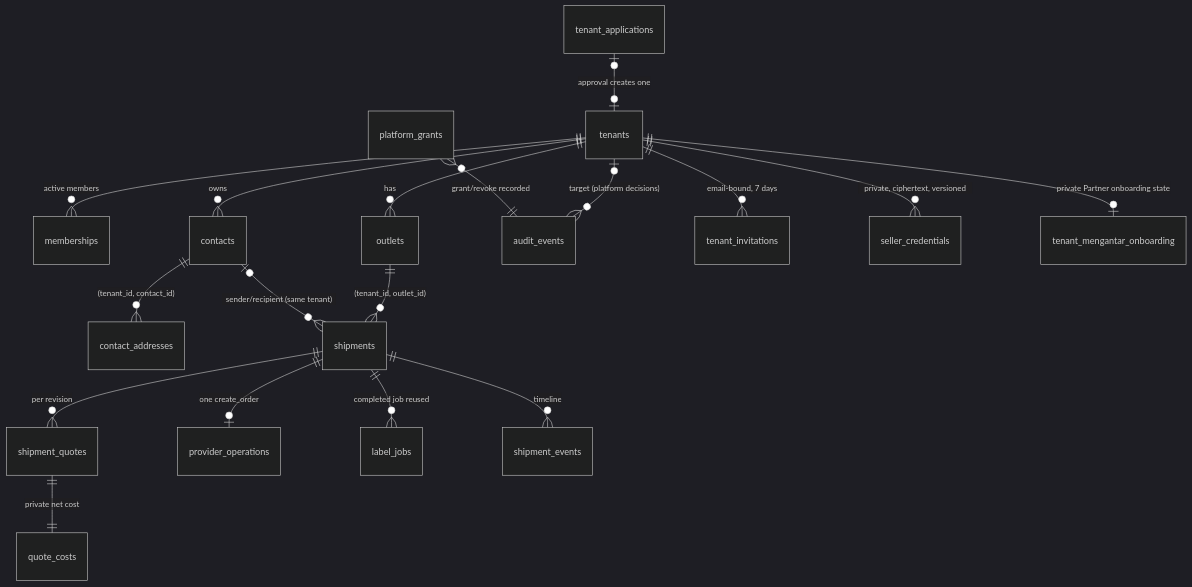
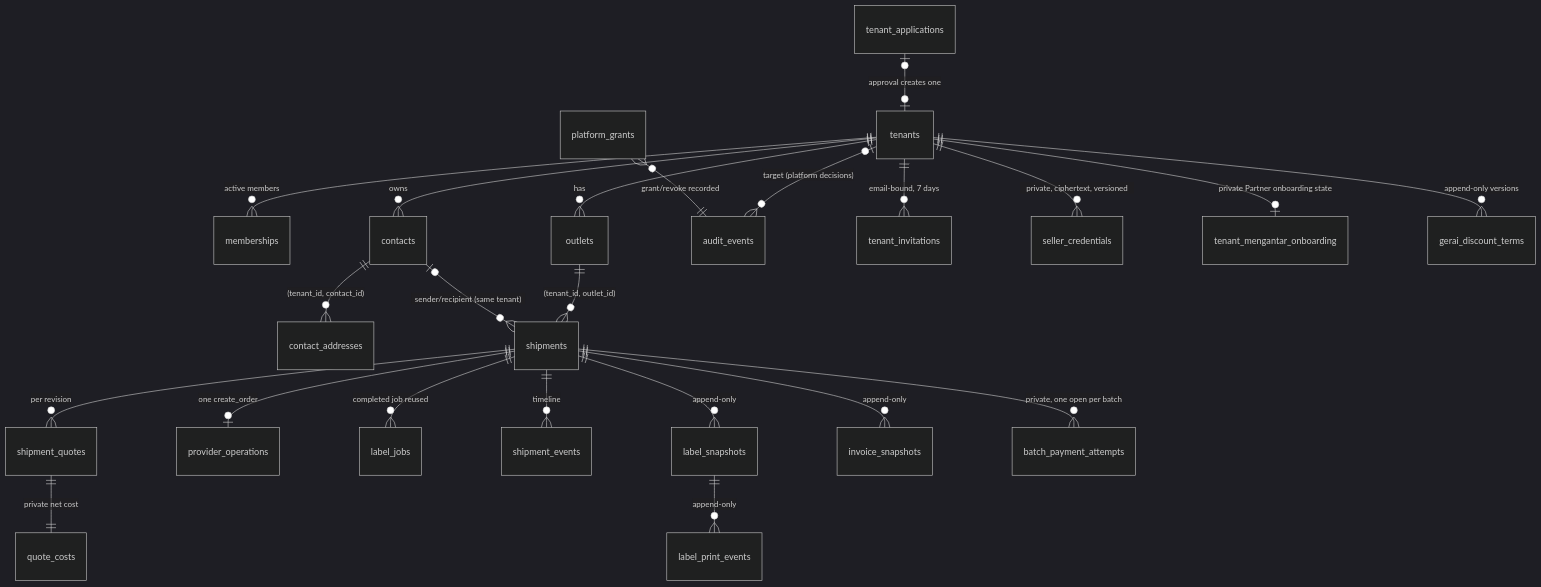
One commit to ongkipro/geraiexpress changed the fourth of 5 diagrams in ARCHITECTURE.md. Above: the diagram before and after it, drawn with Mermaid (dark theme). The commit also changed other lines of this file and 680 other files, not shown here.

````diff
--- a/ARCHITECTURE.md
+++ b/ARCHITECTURE.md
@@ -160,20 +550,25 @@
 ```mermaid
 erDiagram
     tenants ||--o{ memberships : "active members"
     tenants ||--o{ outlets : has
     tenants ||--o{ contacts : owns
     contacts ||--o{ contact_addresses : "(tenant_id, contact_id)"
     outlets ||--o{ shipments : "(tenant_id, outlet_id)"
     contacts |o--o{ shipments : "sender/recipient (same tenant)"
     shipments ||--o{ shipment_quotes : "per revision"
     shipment_quotes ||--|| quote_costs : "private net cost"
     shipments ||--o| provider_operations : "one create_order"
     shipments ||--o{ label_jobs : "completed job reused"
     shipments ||--o{ shipment_events : timeline
     tenants |o--o{ audit_events : "target (platform decisions)"
     platform_grants }o--|| audit_events : "grant/revoke recorded"
     tenant_applications |o--o| tenants : "approval creates one"
     tenants ||--o{ tenant_invitations : "email-bound, 7 days"
     tenants ||--o{ seller_credentials : "private, ciphertext, versioned"
     tenants ||--o| tenant_mengantar_onboarding : "private Partner onboarding state"
+    tenants ||--o{ gerai_discount_terms : "append-only versions"
+    shipments ||--o{ label_snapshots : "append-only"
+    label_snapshots ||--o{ label_print_events : "append-only"
+    shipments ||--o{ invoice_snapshots : "append-only"
+    shipments ||--o{ batch_payment_attempts : "private, one open per batch"
 ```
````
